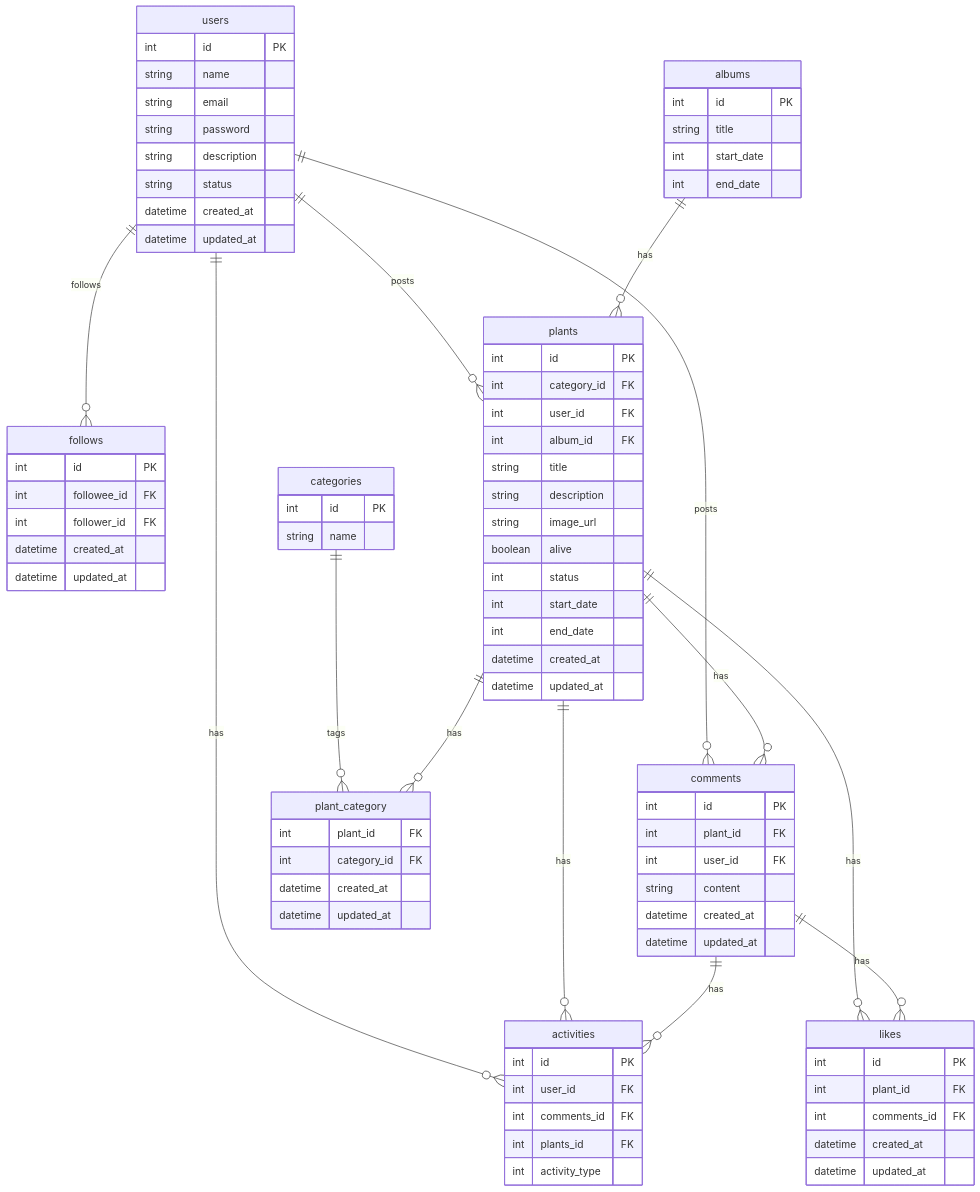
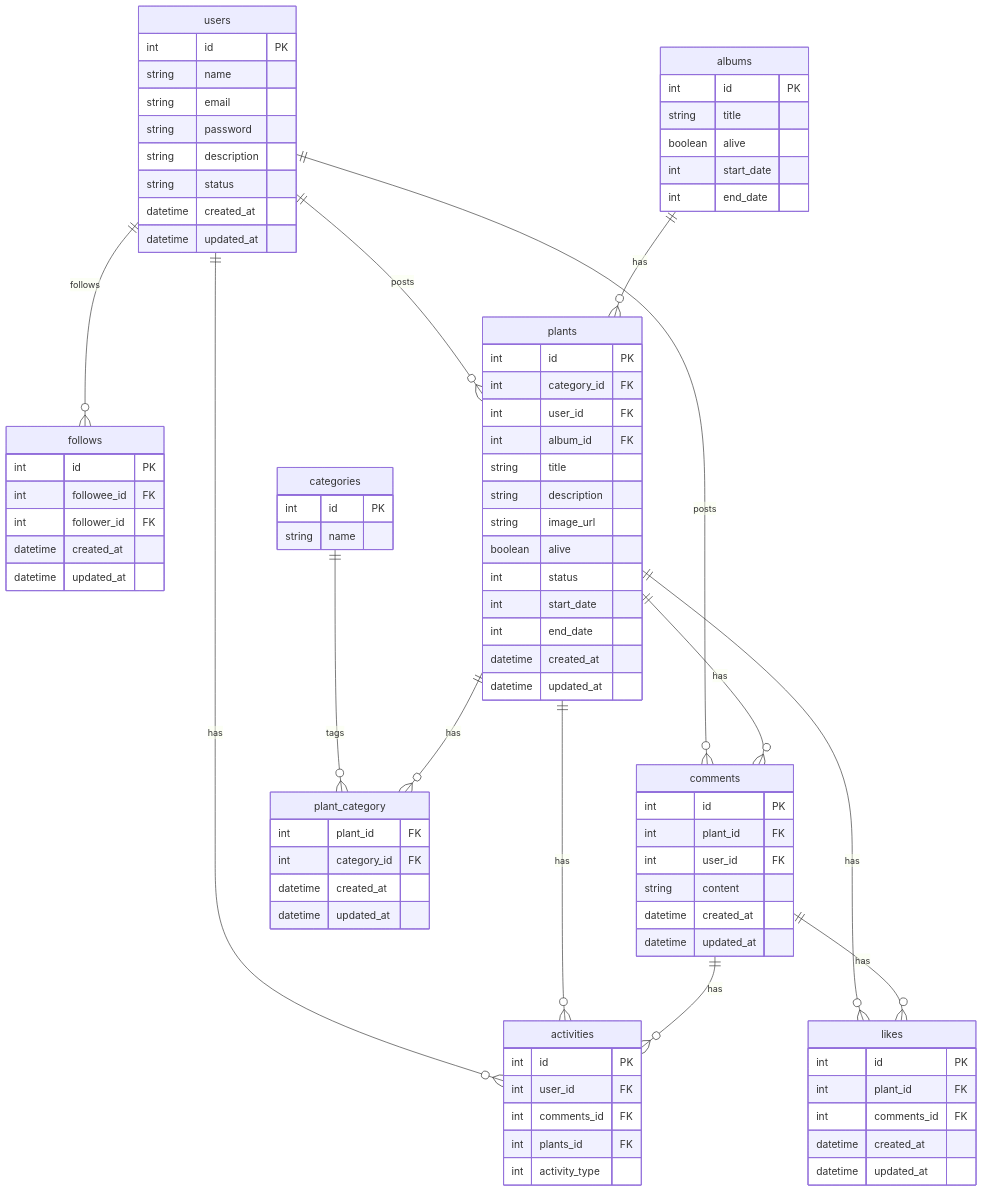
Before and after one commit to calmandhelp/botapeer-core: the diagram in README.md, drawn with Mermaid.

Commit message:
ER図修正

```diff
--- a/README.md
+++ b/README.md
@@ -33,6 +33,7 @@
     albums {
         int id PK
         string title
+        boolean alive
         int start_date
         int end_date
     }
```
